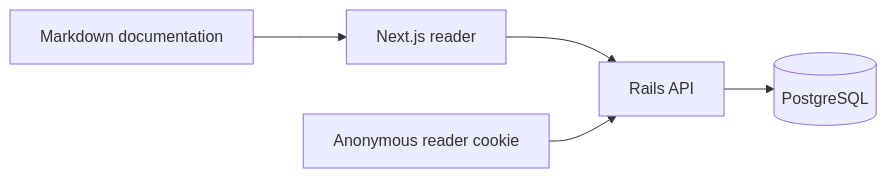
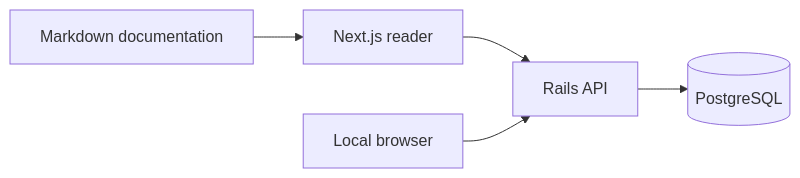
The first of 2 diagrams in docs/projects/engineering-library/docs/en/img/visual-components.md (juniocr26/engineering-library), drawn with Mermaid before and after one commit. The commit also changed other lines of this file and 73 other files, not shown here.

````diff
--- a/docs/projects/engineering-library/docs/en/img/visual-components.md
+++ b/docs/projects/engineering-library/docs/en/img/visual-components.md
@@ -38,7 +38,7 @@
 ```mermaid
 flowchart LR
   Markdown[Markdown documentation] --> Next[Next.js reader]
   Next --> Rails[Rails API]
   Rails --> Postgres[(PostgreSQL)]
-  Cookie[Anonymous reader cookie] --> Rails
+  Browser[Local browser] --> Rails
 ```
````
